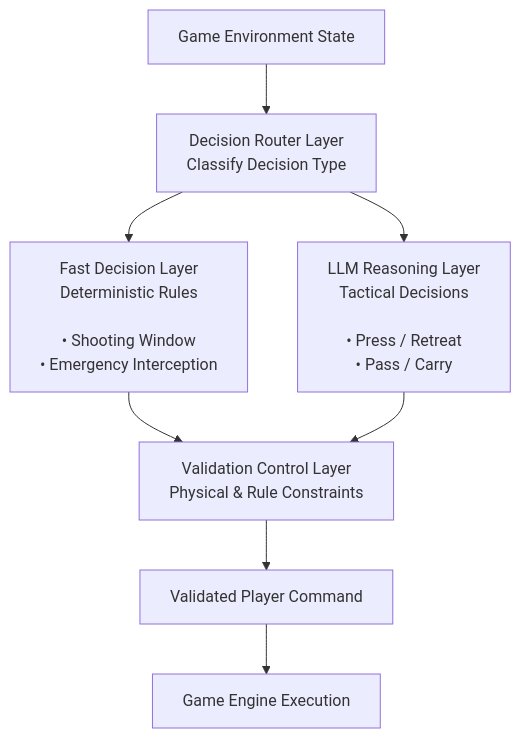
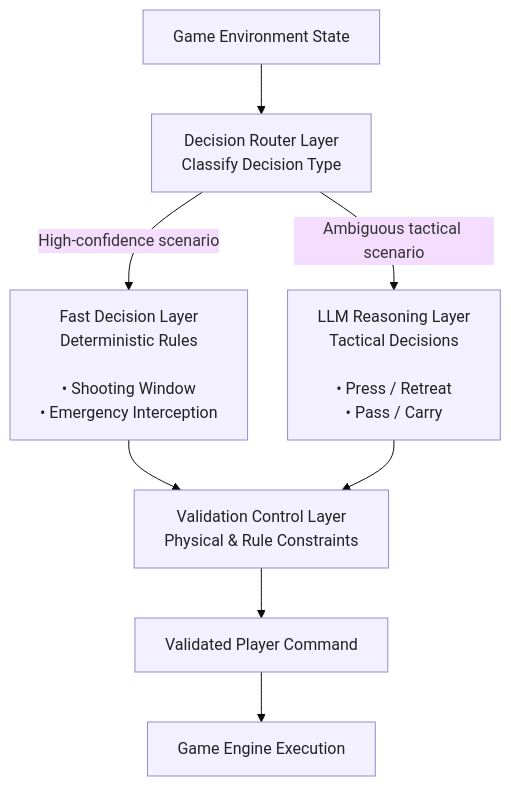
Before and after one commit to Echolyy-dreamer/BedrockAgentCore: the second of 3 diagrams in Hybrid Rule-LLM Architecture for Real-Time Multi-Agent Football Agents.md, drawn with Mermaid. The commit also changed other lines of this file, not shown here.

First line of the commit message:
Update Hybrid Rule-LLM Architecture for Real-Time Multi-Agent Football Agents.md

````diff
--- a/Hybrid Rule-LLM Architecture for Real-Time Multi-Agent Football Agents.md
+++ b/Hybrid Rule-LLM Architecture for Real-Time Multi-Agent Football Agents.md
@@ -80,11 +70,13 @@
 ```mermaid
+%%{init: { 'flowchart': { 'nodeSpacing': 40, 'rankSpacing': 50 }, 'theme':'base' }}%%
 flowchart TB
-    STATE["Game Environment State"] --> ROUTER["Decision Router Layer<br/>Classify Decision Type"]
+    classDef box fill:#f3f0ff,stroke:#9988cc,color:#222,stroke-width:1px
+    STATE["Game Environment State"]:::box --> ROUTER["Decision Router Layer<br/>Classify Decision Type"]:::box
     
-    ROUTER --> FAST["Fast Decision Layer<br/>Deterministic Rules<br/><br/>• Shooting Window<br/>• Emergency Interception"]
-    ROUTER --> LLM["LLM Reasoning Layer<br/>Tactical Decisions<br/><br/>• Press / Retreat<br/>• Pass / Carry"]
+    ROUTER -->|High-confidence scenario| FAST["Fast Decision Layer<br/>Deterministic Rules<br/><br/>• Shooting Window<br/>• Emergency Interception"]:::box
+    ROUTER -->|Ambiguous tactical scenario| LLM["LLM Reasoning Layer<br/>Tactical Decisions<br/><br/>• Press / Retreat<br/>• Pass / Carry"]:::box
 
-    FAST & LLM --> VALIDATION["Validation Control Layer<br/>Physical & Rule Constraints"]
-    VALIDATION --> CMD["Validated Player Command"]
-    CMD --> ENGINE["Game Engine Execution"]
+    FAST & LLM --> VALIDATION["Validation Control Layer<br/>Physical & Rule Constraints"]:::box
+    VALIDATION --> CMD["Validated Player Command"]:::box
+    CMD --> ENGINE["Game Engine Execution"]:::box
 ```
````
